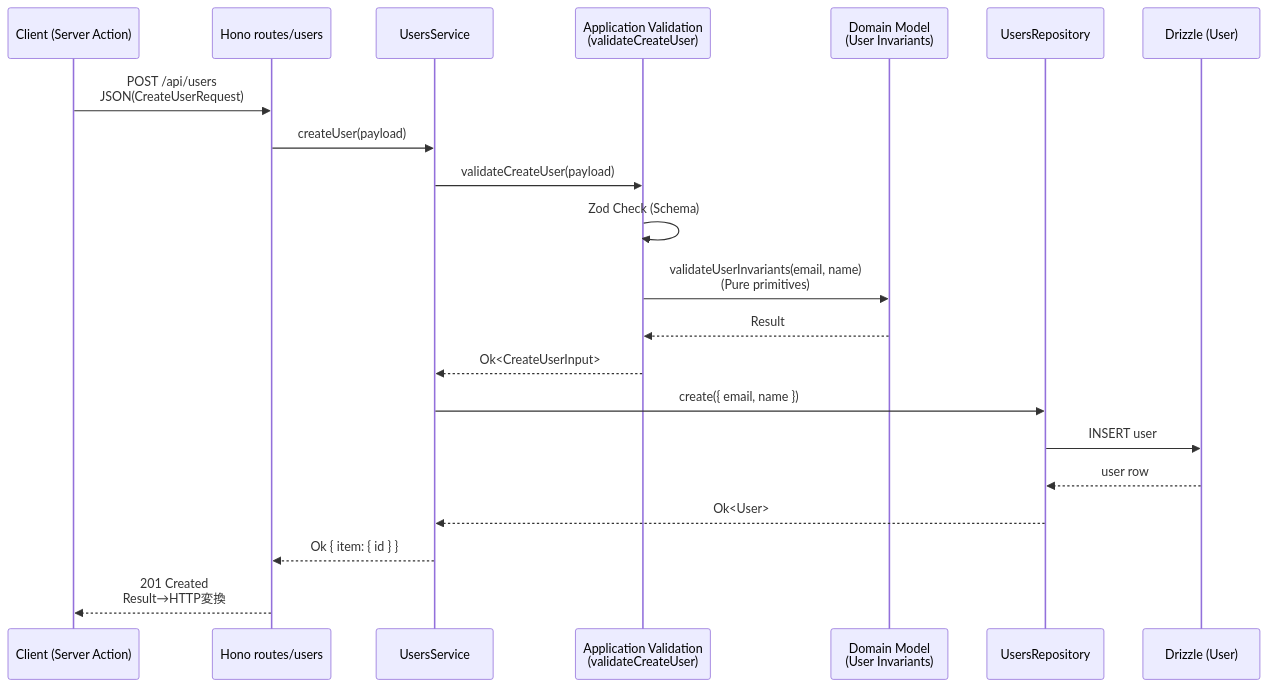
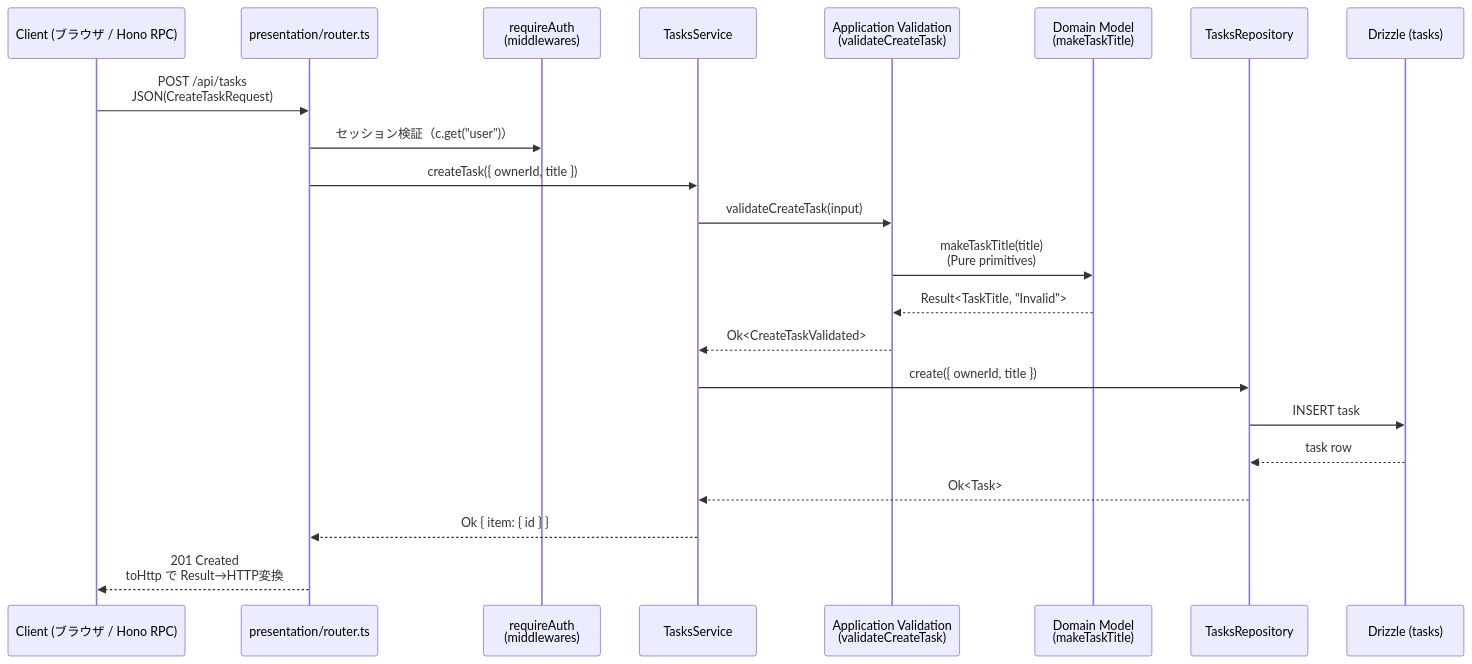
One commit to revedge-jp/fullstack-hono-tanstack-template changed the diagram in docs/architecture/domain-model.md. Above: the diagram before and after it, drawn with Mermaid. The commit also changed other lines of this file and 8 other files, not shown here.

````diff
--- a/docs/architecture/domain-model.md
+++ b/docs/architecture/domain-model.md
@@ -19,24 +19,25 @@
 ```mermaid
 sequenceDiagram
-    participant Client as Client (Server Action)
-    participant Route as Hono routes/users
-    participant Service as UsersService
-    participant AppValidate as Application Validation<br/>(validateCreateUser)
-    participant Domain as Domain Model<br/>(User Invariants)
-    participant Repo as UsersRepository
-    participant DB as Drizzle (User)
+    participant Client as Client (ブラウザ / Hono RPC)
+    participant Route as presentation/router.ts
+    participant Auth as requireAuth<br/>(middlewares)
+    participant Service as TasksService
+    participant AppValidate as Application Validation<br/>(validateCreateTask)
+    participant Domain as Domain Model<br/>(makeTaskTitle)
+    participant Repo as TasksRepository
+    participant DB as Drizzle (tasks)
 
-    Client->>Route: POST /api/users<br/>JSON(CreateUserRequest)
-    Route->>Service: createUser(payload)
-    Service->>AppValidate: validateCreateUser(payload)
-    AppValidate->>AppValidate: Zod Check (Schema)
-    AppValidate->>Domain: validateUserInvariants(email, name)<br/>(Pure primitives)
-    Domain-->>AppValidate: Result
-    AppValidate-->>Service: Ok<CreateUserInput>
-    Service->>Repo: create({ email, name })
-    Repo->>DB: INSERT user
-    DB-->>Repo: user row
-    Repo-->>Service: Ok<User>
+    Client->>Route: POST /api/tasks<br/>JSON(CreateTaskRequest)
+    Route->>Auth: セッション検証（c.get("user")）
+    Route->>Service: createTask({ ownerId, title })
+    Service->>AppValidate: validateCreateTask(input)
+    AppValidate->>Domain: makeTaskTitle(title)<br/>(Pure primitives)
+    Domain-->>AppValidate: Result<TaskTitle, "Invalid">
+    AppValidate-->>Service: Ok<CreateTaskValidated>
+    Service->>Repo: create({ ownerId, title })
+    Repo->>DB: INSERT task
+    DB-->>Repo: task row
+    Repo-->>Service: Ok<Task>
     Service-->>Route: Ok { item: { id } }
-    Route-->>Client: 201 Created<br/>Result→HTTP変換
+    Route-->>Client: 201 Created<br/>toHttp で Result→HTTP変換
 ```
````
